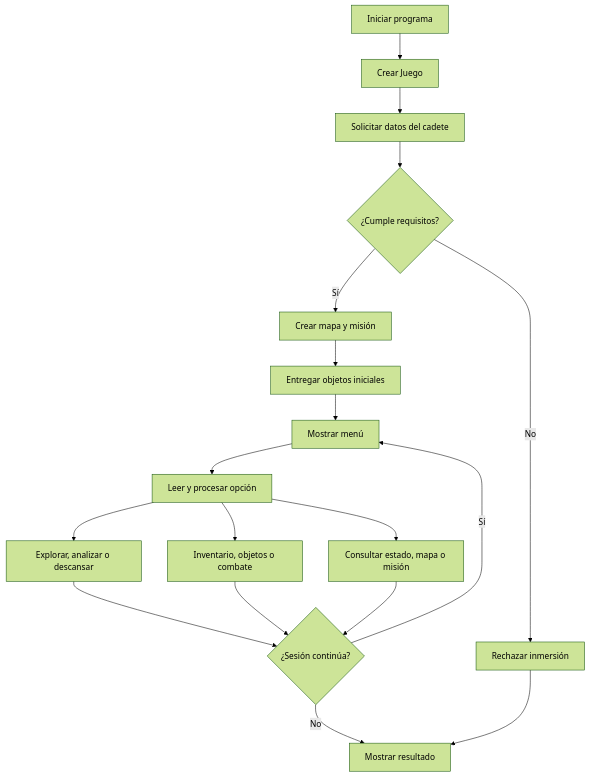
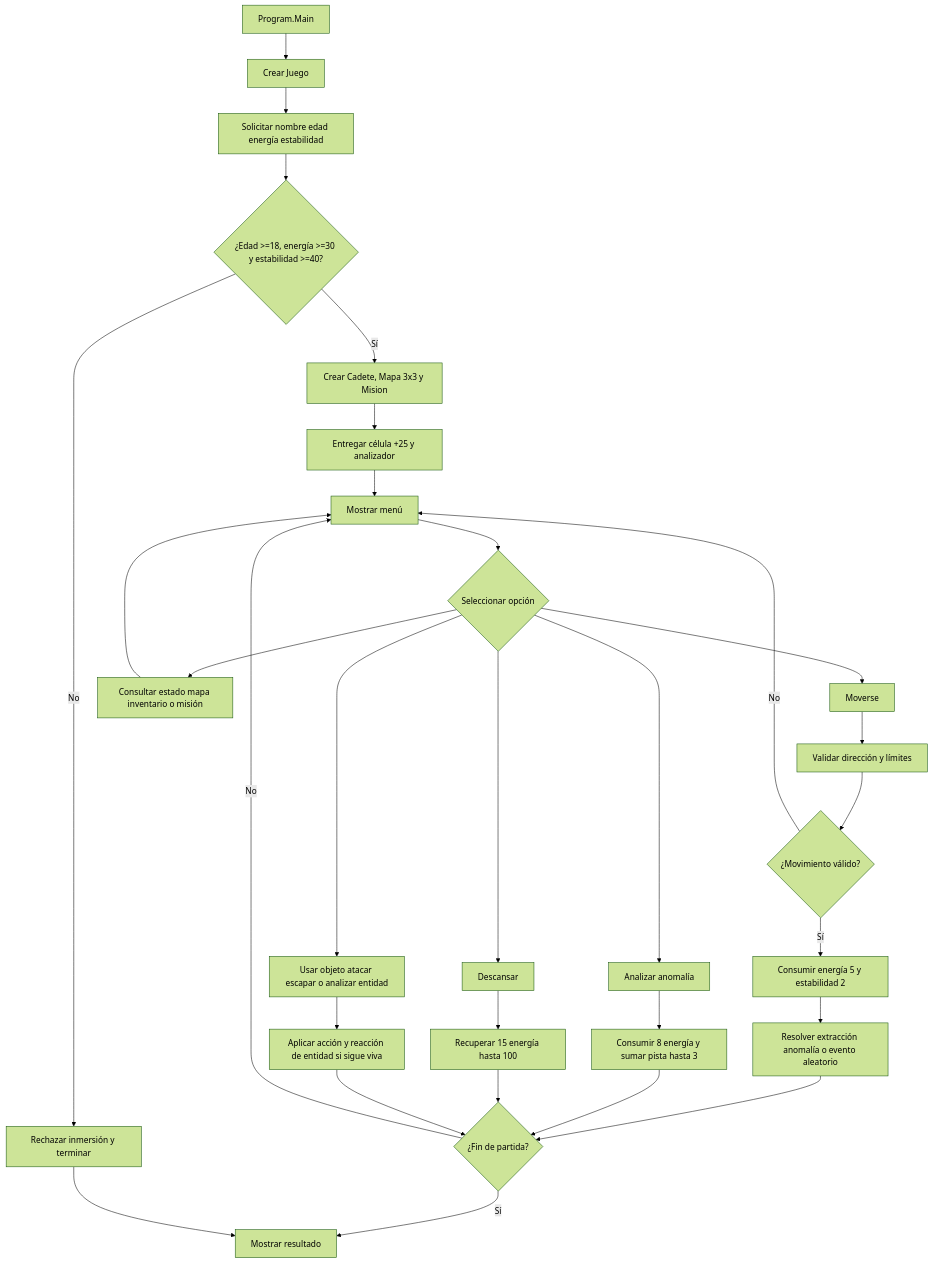
Before and after one commit to Benjipacheco69/NEXUS: the first of 2 diagrams in docs/evidencias/flujo-principal.md, drawn with Mermaid (forest theme). The commit also changed other lines of this file, not shown here.

Commit message:
docs: document current and target NEXUS user flows

```diff
--- a/docs/evidencias/flujo-principal.md
+++ b/docs/evidencias/flujo-principal.md
@@ -3,20 +5,32 @@
 ~~~mermaid
 flowchart TD
- A[Iniciar programa] --> B[Crear Juego]
- B --> C[Solicitar datos del cadete]
- C --> D{¿Cumple requisitos?}
- D -- No --> E[Rechazar inmersión]
- D -- Sí --> F[Crear mapa y misión]
- F --> G[Entregar objetos iniciales]
+ A[Program.Main] --> B[Crear Juego]
+ B --> C[Solicitar nombre edad energía estabilidad]
+ C --> D{¿Edad >=18, energía >=30 y estabilidad >=40?}
+ D -- No --> E[Rechazar inmersión y terminar]
+ D -- Sí --> F[Crear Cadete, Mapa 3x3 y Mision]
+ F --> G[Entregar célula +25 y analizador]
  G --> H[Mostrar menú]
- H --> I[Leer y procesar opción]
- I --> J[Explorar, analizar o descansar]
- I --> K[Inventario, objetos o combate]
- I --> L[Consultar estado, mapa o misión]
- J --> M{¿Sesión continúa?}
- K --> M
- L --> M
- M -- Sí --> H
- M -- No --> N[Mostrar resultado]
- E --> N
+ H --> I{Seleccionar opción}
+ I --> J[Moverse]
+ I --> K[Analizar anomalía]
+ I --> L[Descansar]
+ I --> M[Consultar estado mapa inventario o misión]
+ I --> N[Usar objeto atacar escapar o analizar entidad]
+ J --> O[Validar dirección y límites]
+ O --> P{¿Movimiento válido?}
+ P -- No --> H
+ P -- Sí --> Q[Consumir energía 5 y estabilidad 2]
+ Q --> R[Resolver extracción anomalía o evento aleatorio]
+ K --> S[Consumir 8 energía y sumar pista hasta 3]
+ L --> T[Recuperar 15 energía hasta 100]
+ N --> U[Aplicar acción y reacción de entidad si sigue viva]
+ M --> H
+ R --> V{¿Fin de partida?}
+ S --> V
+ T --> V
+ U --> V
+ V -- No --> H
+ V -- Sí --> W[Mostrar resultado]
+ E --> W
 ~~~
```
